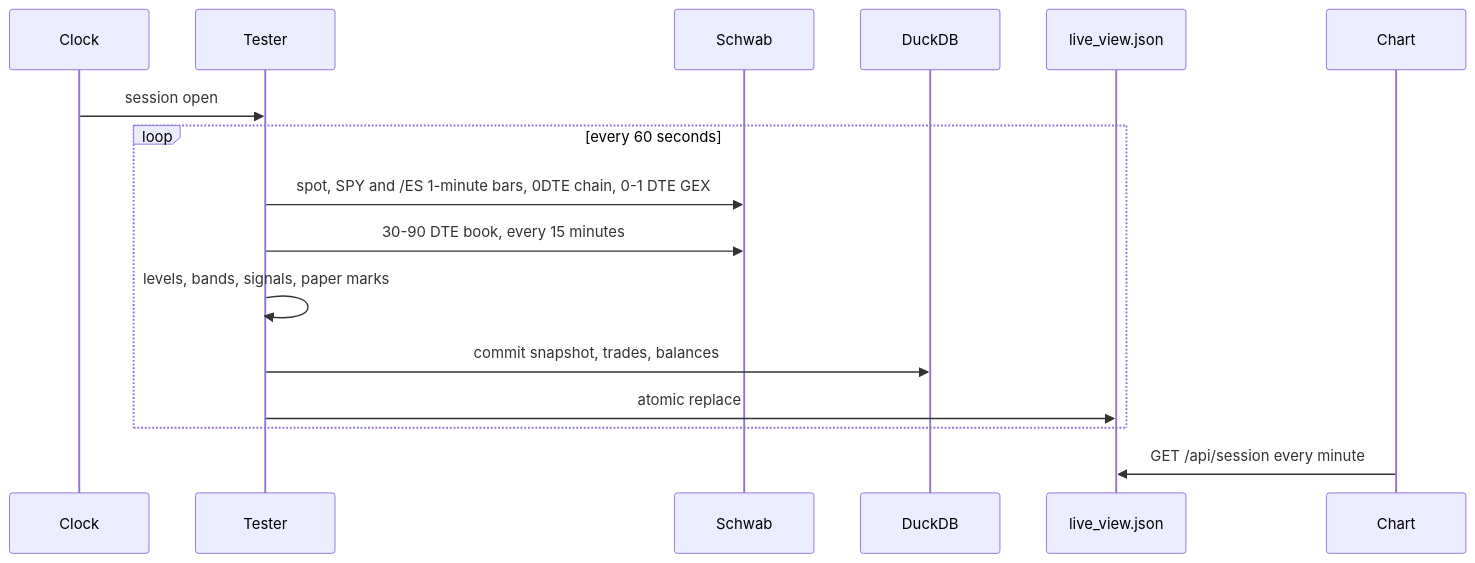
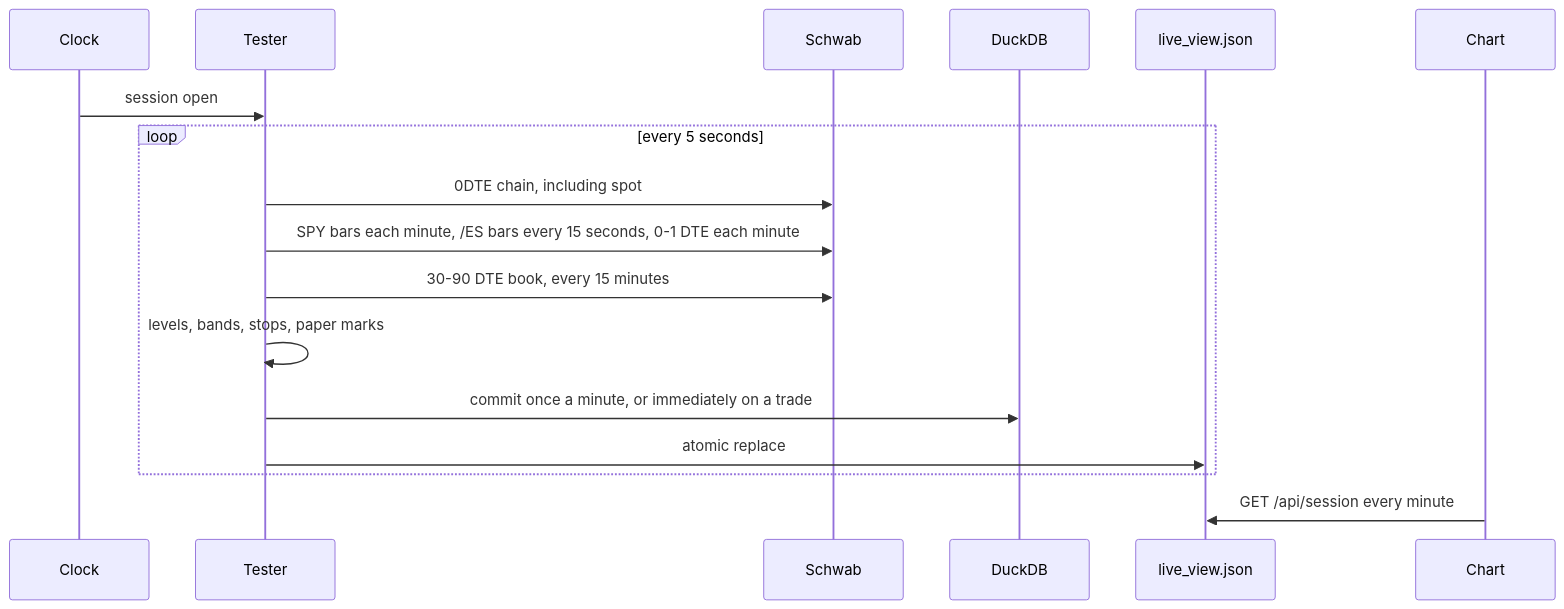
One commit to DBurca/GEXFlowTrader changed the second of 4 diagrams in README.md. Above: the diagram before and after it, drawn with Mermaid. The commit also changed other lines of this file and 6 other files, not shown here.

First line of the commit message:
Poll the 0DTE chain every 5 seconds and score its volume from the spread.

````diff
--- a/README.md
+++ b/README.md
@@ -45,19 +45,20 @@
 ```mermaid
 sequenceDiagram
   participant Clock
   participant Tester
   participant Schwab
   participant DuckDB
   participant JSON as live_view.json
   participant Chart
 
   Clock->>Tester: session open
-  loop every 60 seconds
-    Tester->>Schwab: spot, SPY and /ES 1-minute bars, 0DTE chain, 0-1 DTE GEX
+  loop every 5 seconds
+    Tester->>Schwab: 0DTE chain, including spot
+    Tester->>Schwab: SPY bars each minute, /ES bars every 15 seconds, 0-1 DTE each minute
     Tester->>Schwab: 30-90 DTE book, every 15 minutes
-    Tester->>Tester: levels, bands, signals, paper marks
-    Tester->>DuckDB: commit snapshot, trades, balances
+    Tester->>Tester: levels, bands, stops, paper marks
+    Tester->>DuckDB: commit once a minute, or immediately on a trade
     Tester->>JSON: atomic replace
   end
   Chart->>JSON: GET /api/session every minute
 ```
````
